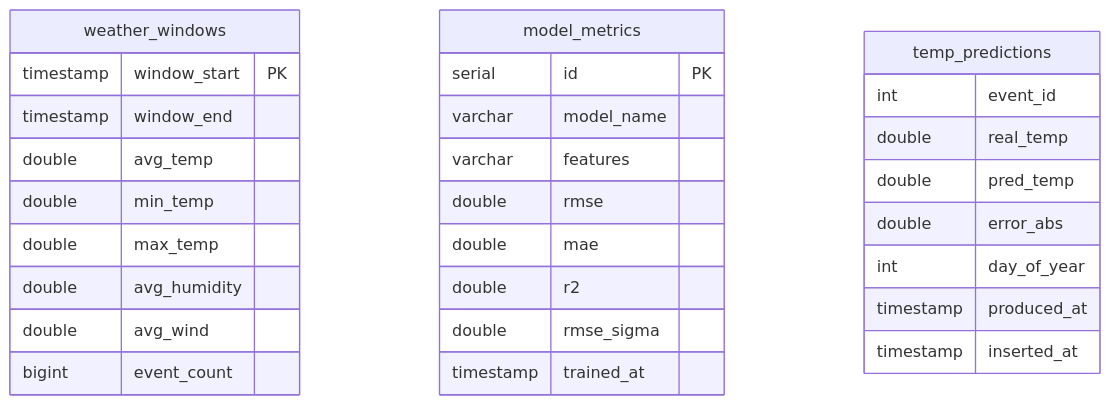
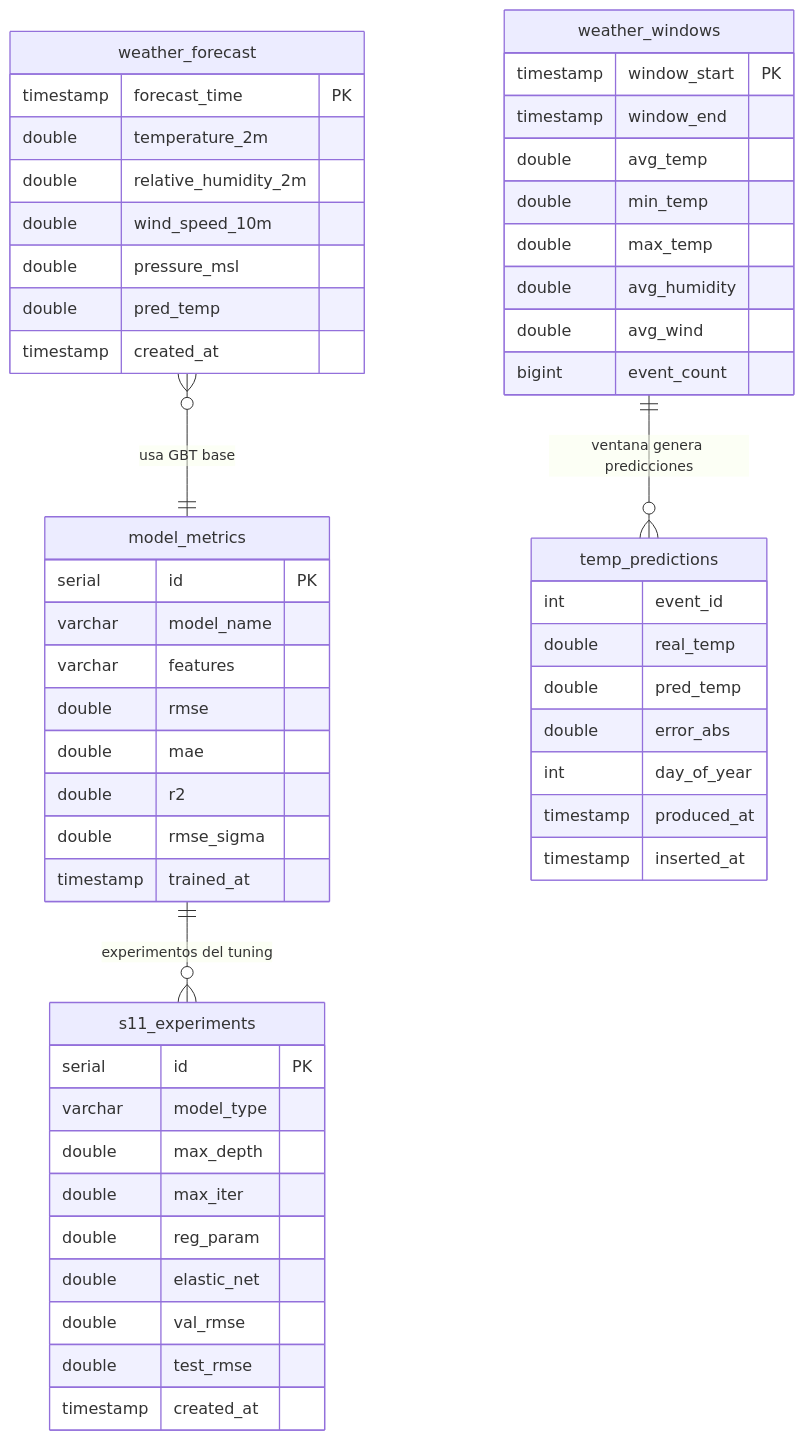
Before and after one commit to TheReeds/big-data-pipelineML: the sixth of 6 diagrams in docs/arquitectura.md, drawn with Mermaid. The commit also changed other lines of this file and 8 other files, not shown here.

````diff
--- a/docs/arquitectura.md
+++ b/docs/arquitectura.md
@@ -171,32 +217,56 @@
 ```mermaid
 erDiagram
     weather_windows {
         timestamp window_start PK
         timestamp window_end
         double avg_temp
         double min_temp
         double max_temp
         double avg_humidity
         double avg_wind
         bigint event_count
     }
     model_metrics {
         serial id PK
         varchar model_name
         varchar features
         double rmse
         double mae
         double r2
         double rmse_sigma
         timestamp trained_at
     }
+    s11_experiments {
+        serial id PK
+        varchar model_type
+        double max_depth
+        double max_iter
+        double reg_param
+        double elastic_net
+        double val_rmse
+        double test_rmse
+        timestamp created_at
+    }
     temp_predictions {
         int event_id
         double real_temp
         double pred_temp
         double error_abs
         int day_of_year
         timestamp produced_at
         timestamp inserted_at
     }
+    weather_forecast {
+        timestamp forecast_time PK
+        double temperature_2m
+        double relative_humidity_2m
+        double wind_speed_10m
+        double pressure_msl
+        double pred_temp
+        timestamp created_at
+    }
+
+    weather_windows ||--o{ temp_predictions : "ventana genera predicciones"
+    model_metrics ||--o{ s11_experiments : "experimentos del tuning"
+    weather_forecast }o--|| model_metrics : "usa GBT base"
 ```
````
